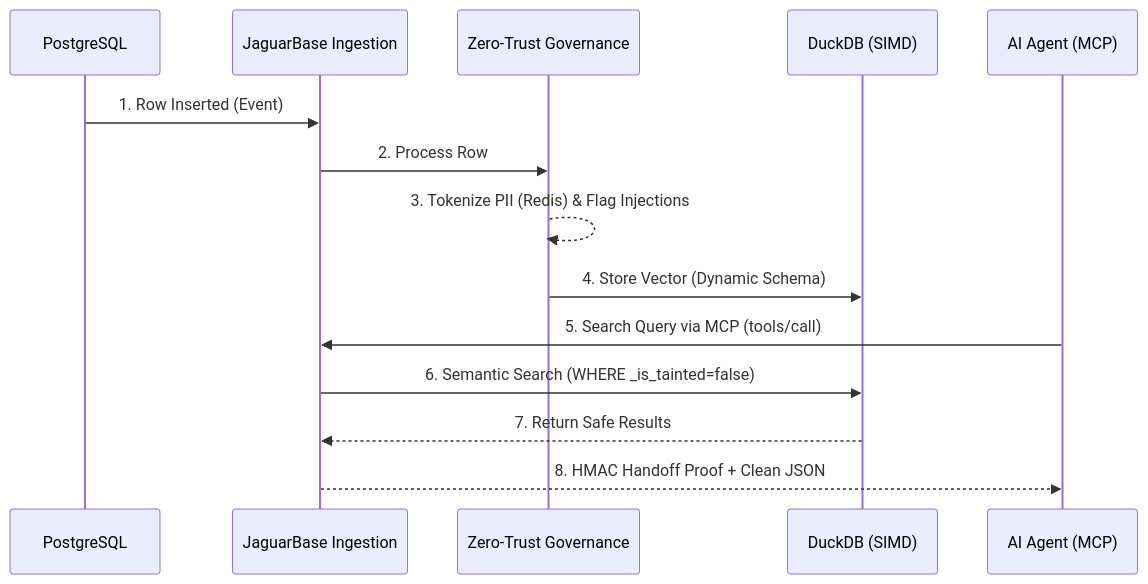
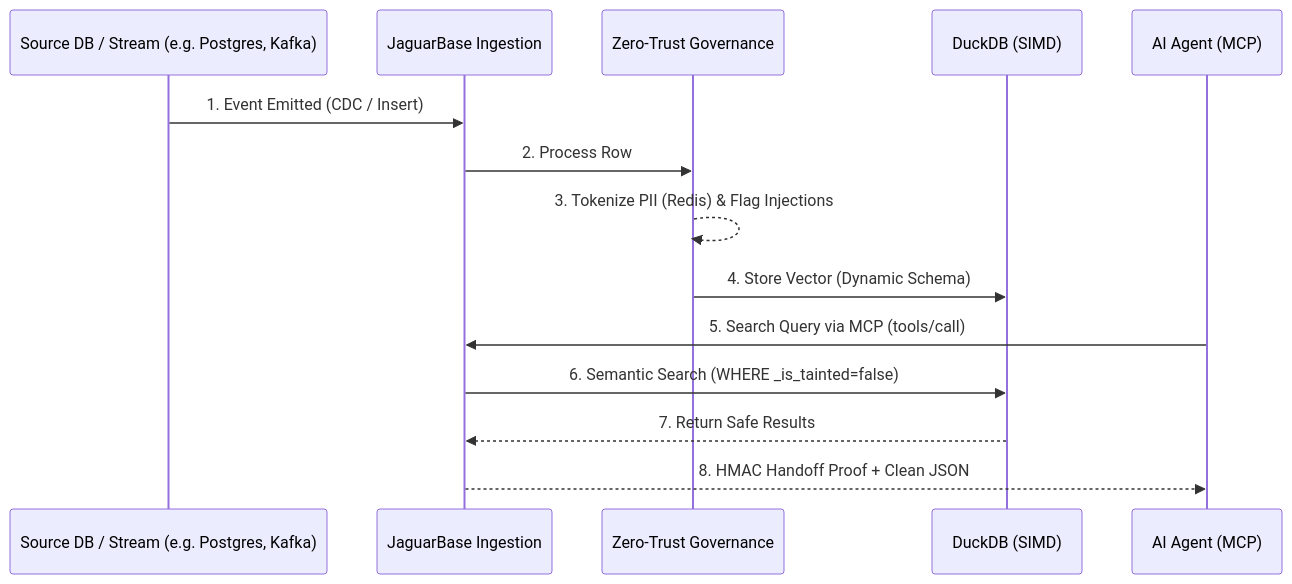
The second of 2 diagrams in README.md (andrewbraga1/jaguarbase), drawn with Mermaid before and after one commit. The commit also changed other lines of this file and 1 other file, not shown here.

Commit message:
docs: update architecture to agnostic system of record and add AppSec hardening details

````diff
--- a/README.md
+++ b/README.md
@@ -47,17 +48,17 @@
 ```mermaid
 sequenceDiagram
-    participant PG as PostgreSQL
+    participant Source as Source DB / Stream (e.g. Postgres, Kafka)
     participant JB as JaguarBase Ingestion
     participant Gov as Zero-Trust Governance
     participant DDB as DuckDB (SIMD)
     participant Agent as AI Agent (MCP)
 
-    PG->>JB: 1. Row Inserted (Event)
+    Source->>JB: 1. Event Emitted (CDC / Insert)
     JB->>Gov: 2. Process Row
     Gov-->>Gov: 3. Tokenize PII (Redis) & Flag Injections
     Gov->>DDB: 4. Store Vector (Dynamic Schema)
     Agent->>JB: 5. Search Query via MCP (tools/call)
     JB->>DDB: 6. Semantic Search (WHERE _is_tainted=false)
     DDB-->>JB: 7. Return Safe Results
     JB-->>Agent: 8. HMAC Handoff Proof + Clean JSON
 ```
````
